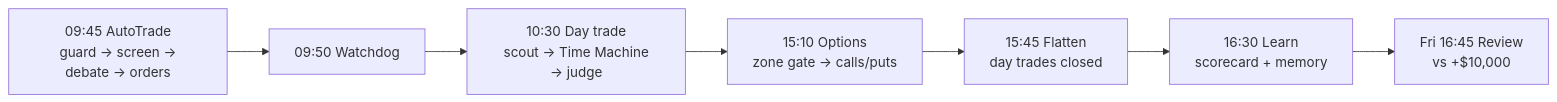
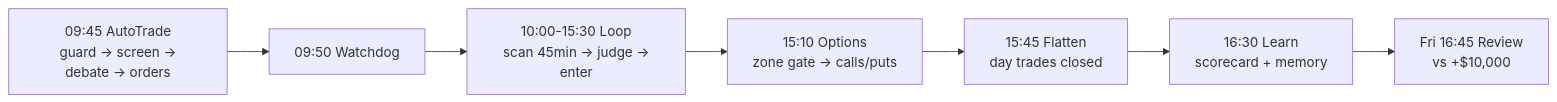
The second of 7 diagrams in README.md (Danisosei20/ai-cio-trading-ops), drawn with Mermaid before and after one commit. The commit also changed 2 other files, not shown here.

Commit message:
Continuous intraday day-trade loop replaces single 10:30 run
New scheduled task AI-Desk-IntradayLoop runs at 10:00 ET weekdays, looping
every 45 min until 15:30 ET. Each cycle: scout OR+VWAP+zone setups, filter
already-traded, judge new setups (light 2-analyst/4-tool-round config),
apply all gates, flatten at 15:45. Dedups by ticker+date+setup.

Deleted old AI-Desk-DayTrade-1030 task (replaced by the loop). Pipeline
diagram and README updated. 317 tests green.

````diff
--- a/README.md
+++ b/README.md
@@ -37,9 +37,9 @@
 ```mermaid
 flowchart LR
     A[09:45 AutoTrade\n guard → screen → debate → orders] --> B[09:50 Watchdog]
-    B --> C[10:30 Day trade\n scout → Time Machine → judge]
+    B --> C[10:00-15:30 Loop\n scan 45min → judge → enter]
     C --> D[15:10 Options\n zone gate → calls/puts]
     D --> E[15:45 Flatten\n day trades closed]
     E --> F[16:30 Learn\n scorecard + memory]
     F --> G[Fri 16:45 Review\n vs +$10,000]
 ```
````
